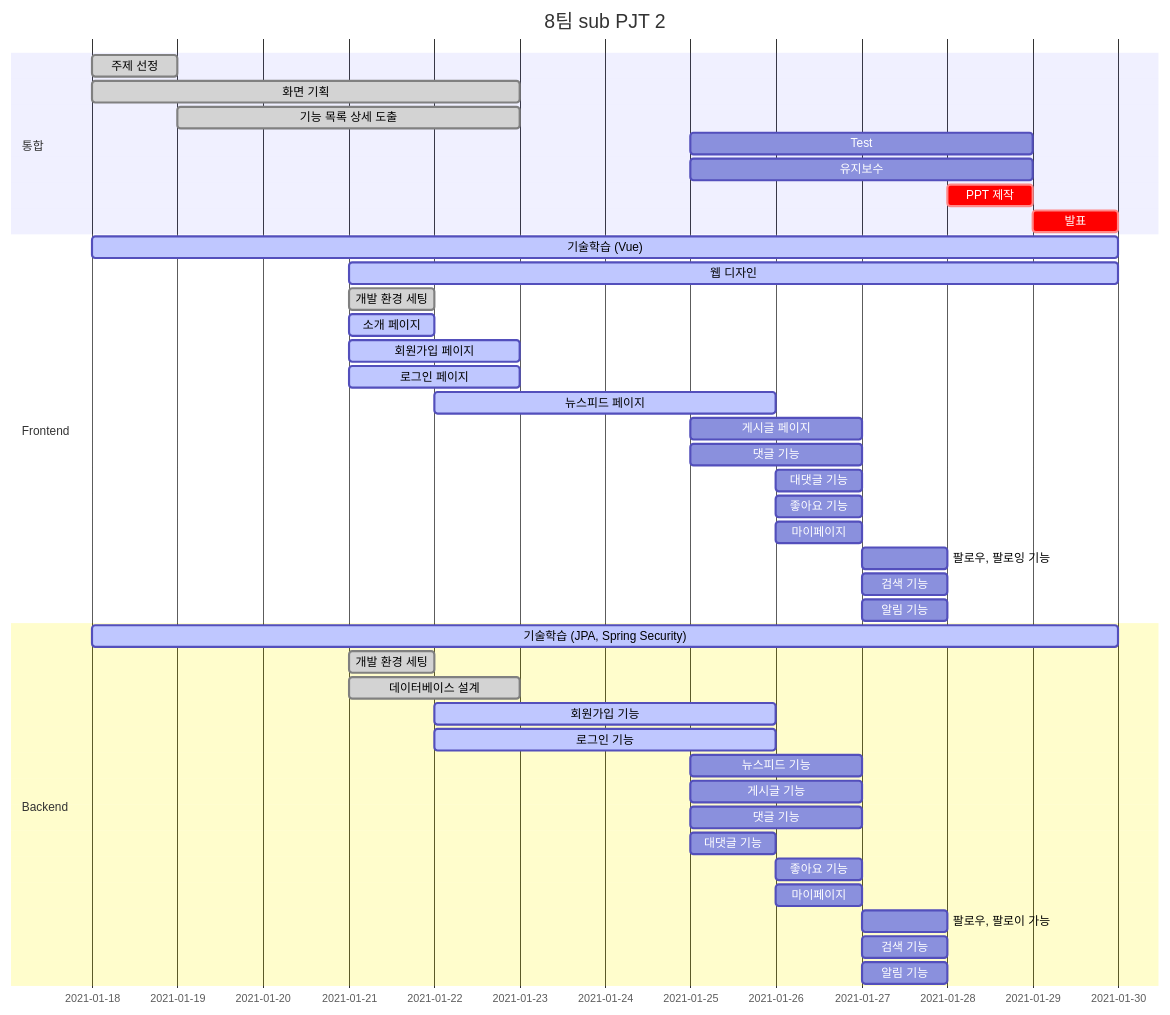
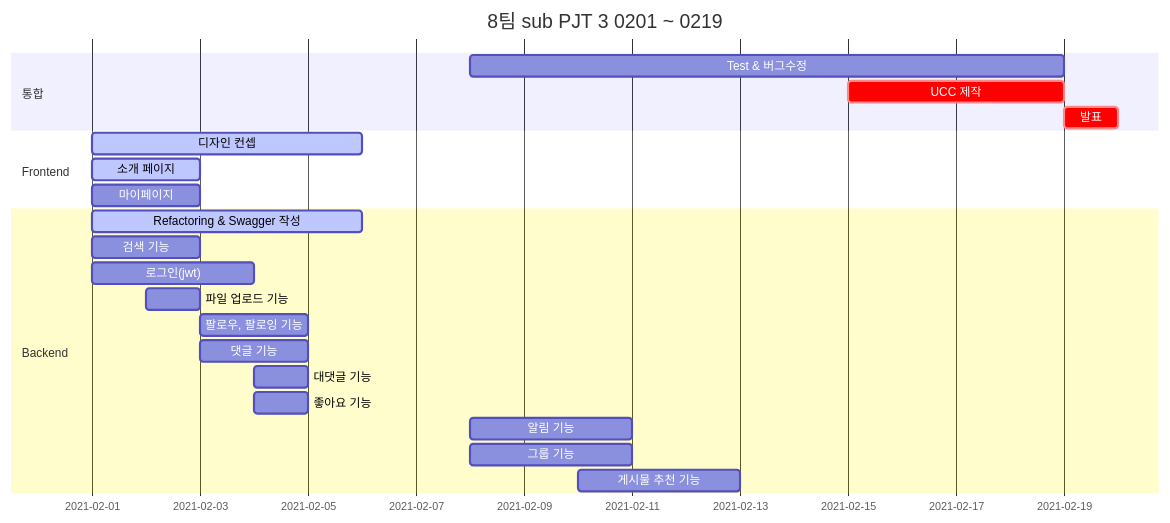
Before and after one commit to mingddo/3PM: the diagram in README.md, drawn with Mermaid.

````diff
--- a/README.md
+++ b/README.md
@@ -17,47 +17,29 @@
 ```mermaid
 gantt
     dateFormat  YYYY-MM-DD
-    title       8팀 sub PJT 2
+    title       8팀 sub PJT 3 0201 ~ 0219
 
     section 통합
-    주제 선정 :done,    2021-01-18, 1d
-    화면 기획 :done,    2021-01-18, 5d
-    기능 목록 상세 도출 :done,  2021-01-19, 4d
-    Test :after, 2021-01-25, 4d
-    유지보수 :after, 2021-01-25, 4d
-    PPT 제작 :crit, after, 2021-01-28, 1d
-    발표 :crit, after, 2021-01-29, 1d
+    Test & 버그수정 :after, 2021-02-08, 11d
+    UCC 제작 :crit, after, 2021-02-15, 4d
+    발표 :crit, after, 2021-02-19, 1d
     
     section Frontend
-    기술학습 (Vue) :active, 2021-01-18, 12d
-    웹 디자인 :active, 2021-01-21, 9d
-    개발 환경 세팅 :done, 2021-01-21, 1d
-    소개 페이지 :active, 2021-01-21, 1d
-    회원가입 페이지 :active, 2021-01-21, 2d
-    로그인 페이지 :active, 2021-01-21, 2d
-    뉴스피드 페이지 :active, 2021-01-22, 4d
-    게시글 페이지 :after, 2021-01-25, 2d
-    댓글 기능 :after, 2021-01-25, 2d
-    대댓글 기능 :after, 2021-01-26, 1d
-    좋아요 기능 :after, 2021-01-26, 1d
-    마이페이지 :after, 2021-01-26, 1d
-    팔로우, 팔로잉 기능 :after, 2021-01-27, 1d
-    검색 기능 :after, 2021-01-27, 1d
-    알림 기능 :after, 2021-01-27, 1d
+    디자인 컨셉 :active, 2021-02-01, 5d
+    소개 페이지 :active, 2021-02-01, 2d
+    마이페이지 :after, 2021-02-01, 2d
 
     section Backend
-    기술학습 (JPA, Spring Security) :active, 2021-01-18, 12d
-    개발 환경 세팅 :done, 2021-01-21, 1d
-    데이터베이스 설계 :done, 2021-01-21, 2d
-    회원가입 기능 :active, 2021-01-22, 4d
-    로그인 기능 :active, 2021-01-22, 4d
-    뉴스피드 기능 :after, 2021-01-25, 2d
-    게시글 기능 :after, 2021-01-25, 2d
-    댓글 기능 :after, 2021-01-25, 2d
-    대댓글 기능 :after, 2021-01-25, 1d
-    좋아요 기능 :after, 2021-01-26, 1d
-    마이페이지 :after, 2021-01-26, 1d
-    팔로우, 팔로이 가능 :after, 2021-01-27, 1d
-    검색 기능 :after, 2021-01-27, 1d
-    알림 기능 :after, 2021-01-27, 1d
+    Refactoring & Swagger 작성 :active, 2021-02-01, 5d
+    검색 기능 :after, 2021-02-01, 2d
+    로그인(jwt) :after, 2021-02-01, 3d
+    파일 업로드 기능 :after, 2021-02-02, 1d
+    팔로우, 팔로잉 기능 :after, 2021-02-03, 2d
+    댓글 기능 :after, 2021-02-03, 2d
+    대댓글 기능 :after, 2021-02-04, 1d
+    좋아요 기능 :after, 2021-02-04, 1d
+    알림 기능 :after, 2021-02-08, 3d
+    그룹 기능 :after, 2021-02-08, 3d
+    게시물 추천 기능 :after, 2021-02-10, 3d
+
 ```
````
